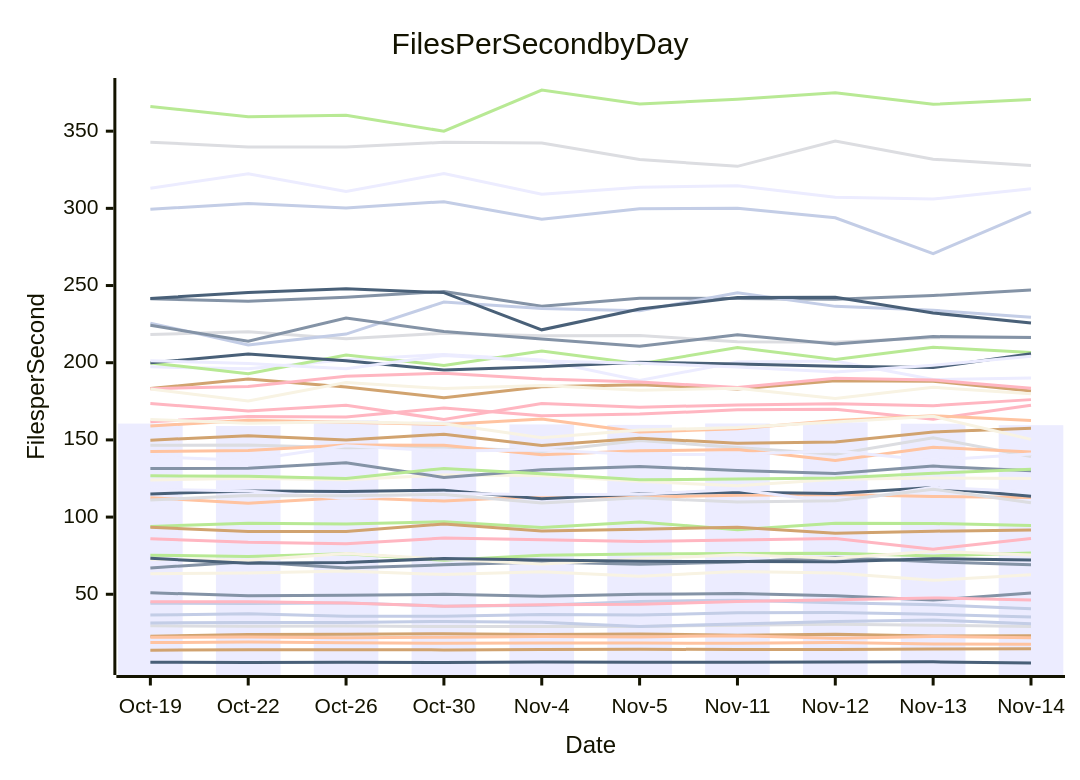
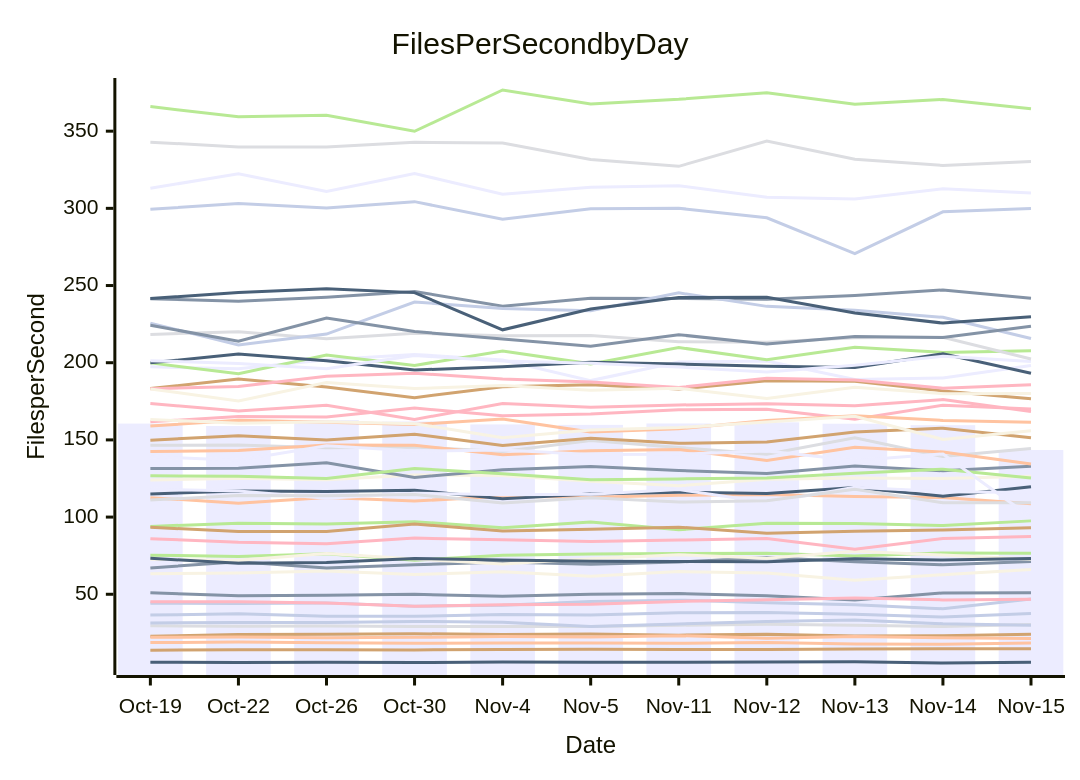
One commit to streetsidesoftware/cspell changed the diagram in perf-report.md. Above: the diagram before and after it, drawn with Mermaid. The commit also changed other lines of this file and 1 other file, not shown here.

````diff
--- a/perf-report.md
+++ b/perf-report.md
@@ -10,57 +10,57 @@
 ```mermaid
 xychart-beta
     title Files Per Second by Day
     y-axis Files per Second
-    x-axis Date [Oct-19, Oct-22, Oct-26, Oct-30, Nov-4, Nov-5, Nov-11, Nov-12, Nov-13, Nov-14]
-    bar [160.58, 159.03, 162.88, 161.94, 160.02, 159.72, 160.65, 161.35, 160.47, 159.54]
-    line [50.97, 49.03, 49.37, 49.99, 48.68, 50.03, 50.42, 49.00, 46.22, 50.88]
-    line [112.56, 109.04, 112.63, 110.40, 113.53, 112.85, 114.15, 114.65, 113.36, 112.62]
-    line [146.50, 146.67, 144.85, 145.45, 142.42, 149.63, 145.08, 140.78, 151.35, 139.20]
-    line [93.97, 96.00, 95.45, 97.05, 93.17, 96.79, 91.80, 95.95, 95.87, 94.48]
-    line [22.78, 23.92, 24.17, 24.43, 23.95, 24.20, 23.49, 24.08, 23.00, 23.06]
-    line [36.49, 37.33, 35.82, 35.71, 36.86, 36.50, 38.05, 38.19, 36.99, 35.25]
-    line [161.71, 165.23, 164.80, 170.61, 165.61, 166.70, 169.45, 169.81, 163.46, 172.46]
-    line [6.02, 5.75, 6.03, 5.80, 6.05, 5.91, 5.92, 6.05, 6.23, 5.47]
-    line [63.29, 63.79, 65.07, 62.75, 64.51, 61.69, 64.67, 63.79, 59.02, 62.70]
-    line [197.32, 196.05, 201.96, 205.39, 201.71, 188.42, 200.46, 201.07, 189.10, 190.06]
-    line [67.05, 71.08, 67.00, 69.09, 70.86, 69.37, 70.88, 73.81, 71.09, 69.11]
-    line [18.69, 19.00, 18.63, 18.25, 18.44, 18.38, 18.23, 18.67, 17.83, 17.56]
-    line [29.58, 29.31, 29.41, 29.14, 29.07, 29.19, 29.96, 30.60, 29.98, 29.13]
-    line [75.28, 74.51, 76.18, 72.03, 75.21, 76.09, 76.34, 76.58, 74.79, 76.80]
-    line [93.37, 90.70, 90.60, 95.53, 91.04, 92.11, 93.46, 89.53, 90.84, 91.64]
-    line [44.15, 44.08, 44.42, 42.24, 42.88, 45.37, 46.20, 44.50, 43.23, 40.60]
-    line [173.59, 168.67, 172.42, 163.25, 173.61, 171.18, 172.63, 173.35, 172.14, 176.09]
-    line [115.01, 116.88, 116.53, 117.43, 111.89, 115.01, 116.13, 115.22, 119.08, 113.54]
-    line [123.99, 125.15, 124.19, 127.28, 126.86, 123.18, 120.25, 124.45, 125.35, 124.99]
-    line [118.00, 116.85, 112.16, 115.50, 114.45, 114.87, 117.85, 109.38, 119.29, 116.46]
-    line [131.49, 131.59, 135.21, 125.70, 130.73, 132.76, 130.23, 128.16, 133.01, 129.97]
-    line [22.11, 22.28, 21.78, 22.12, 22.59, 22.34, 23.16, 21.54, 22.68, 21.85]
-    line [342.86, 339.81, 339.82, 342.79, 342.26, 331.64, 327.21, 343.58, 331.81, 327.76]
-    line [199.89, 192.85, 204.98, 198.27, 207.58, 199.26, 209.84, 202.01, 209.99, 206.66]
-    line [149.81, 152.74, 149.93, 153.73, 146.39, 151.10, 147.79, 148.60, 155.08, 157.59]
-    line [299.41, 303.13, 300.22, 304.34, 292.89, 299.81, 300.08, 293.90, 270.62, 297.75]
-    line [45.18, 45.07, 44.31, 42.25, 43.22, 43.49, 45.34, 46.46, 47.61, 46.36]
-    line [199.93, 205.59, 201.31, 195.27, 197.35, 200.31, 199.19, 197.63, 196.85, 205.77]
-    line [72.64, 71.96, 76.44, 72.80, 69.62, 72.93, 75.62, 73.39, 77.86, 75.46]
-    line [201.34, 199.55, 196.07, 204.60, 201.12, 199.63, 197.18, 194.05, 198.31, 204.17]
-    line [241.48, 239.78, 242.41, 246.20, 236.64, 241.81, 241.59, 241.14, 243.55, 247.17]
-    line [158.95, 162.77, 161.40, 160.02, 163.60, 155.05, 157.20, 162.55, 165.62, 162.61]
-    line [218.31, 220.10, 215.49, 219.14, 217.54, 217.64, 213.57, 213.32, 216.11, 216.43]
-    line [126.74, 126.46, 125.04, 131.49, 128.05, 124.13, 124.73, 125.27, 128.39, 131.06]
-    line [183.26, 189.47, 184.23, 177.36, 184.49, 185.72, 182.94, 188.28, 187.98, 181.73]
-    line [225.66, 211.47, 218.53, 239.32, 235.17, 233.67, 245.24, 236.50, 233.98, 229.39]
-    line [183.18, 184.56, 191.17, 193.23, 189.38, 187.47, 183.93, 189.93, 188.83, 183.53]
-    line [73.27, 70.11, 70.57, 73.22, 72.23, 71.32, 71.25, 71.08, 73.06, 72.16]
-    line [183.04, 175.20, 187.18, 183.23, 185.22, 182.14, 183.42, 176.89, 184.07, 179.92]
-    line [313.03, 322.37, 310.93, 322.55, 309.17, 313.73, 314.69, 307.18, 306.00, 312.70]
-    line [224.21, 213.97, 229.01, 220.21, 215.36, 210.66, 218.14, 212.13, 216.95, 216.28]
-    line [142.44, 143.06, 146.69, 146.59, 140.40, 143.02, 143.74, 136.69, 145.20, 142.11]
-    line [111.02, 113.95, 113.80, 114.69, 109.15, 112.48, 109.72, 110.55, 118.02, 109.29]
-    line [365.93, 359.34, 360.33, 349.95, 376.67, 367.68, 370.64, 374.87, 367.41, 370.51]
-    line [13.81, 14.01, 14.02, 13.97, 14.18, 14.33, 14.26, 14.23, 14.49, 14.71]
-    line [31.44, 31.67, 31.78, 32.41, 31.83, 29.14, 30.76, 32.43, 33.35, 30.87]
-    line [86.03, 83.62, 82.78, 86.40, 85.26, 84.18, 85.13, 86.07, 79.22, 86.18]
-    line [241.58, 245.56, 247.95, 245.41, 221.31, 234.75, 242.27, 242.37, 232.19, 225.67]
-    line [163.29, 160.80, 161.82, 160.48, 151.46, 156.36, 158.02, 161.56, 165.28, 150.34]
-    line [139.08, 136.76, 146.14, 142.74, 143.48, 140.52, 140.72, 142.75, 136.72, 140.92]
+    x-axis Date [Oct-19, Oct-22, Oct-26, Oct-30, Nov-4, Nov-5, Nov-11, Nov-12, Nov-13, Nov-14, Nov-15]
+    bar [160.58, 159.03, 162.88, 161.94, 160.02, 159.72, 160.65, 161.35, 160.47, 159.54, 143.44]
+    line [50.97, 49.03, 49.37, 49.99, 48.68, 50.03, 50.42, 49.00, 46.22, 50.88, 51.06]
+    line [112.56, 109.04, 112.63, 110.40, 113.53, 112.85, 114.15, 114.65, 113.36, 112.62, 108.61]
+    line [146.50, 146.67, 144.85, 145.45, 142.42, 149.63, 145.08, 140.78, 151.35, 139.20, 144.37]
+    line [93.97, 96.00, 95.45, 97.05, 93.17, 96.79, 91.80, 95.95, 95.87, 94.48, 97.54]
+    line [22.78, 23.92, 24.17, 24.43, 23.95, 24.20, 23.49, 24.08, 23.00, 23.06, 24.03]
+    line [36.49, 37.33, 35.82, 35.71, 36.86, 36.50, 38.05, 38.19, 36.99, 35.25, 37.46]
+    line [161.71, 165.23, 164.80, 170.61, 165.61, 166.70, 169.45, 169.81, 163.46, 172.46, 170.00]
+    line [6.02, 5.75, 6.03, 5.80, 6.05, 5.91, 5.92, 6.05, 6.23, 5.47, 5.93]
+    line [63.29, 63.79, 65.07, 62.75, 64.51, 61.69, 64.67, 63.79, 59.02, 62.70, 66.07]
+    line [197.32, 196.05, 201.96, 205.39, 201.71, 188.42, 200.46, 201.07, 189.10, 190.06, 198.14]
+    line [67.05, 71.08, 67.00, 69.09, 70.86, 69.37, 70.88, 73.81, 71.09, 69.11, 71.21]
+    line [18.69, 19.00, 18.63, 18.25, 18.44, 18.38, 18.23, 18.67, 17.83, 17.56, 18.39]
+    line [29.58, 29.31, 29.41, 29.14, 29.07, 29.19, 29.96, 30.60, 29.98, 29.13, 30.48]
+    line [75.28, 74.51, 76.18, 72.03, 75.21, 76.09, 76.34, 76.58, 74.79, 76.80, 76.50]
+    line [93.37, 90.70, 90.60, 95.53, 91.04, 92.11, 93.46, 89.53, 90.84, 91.64, 93.14]
+    line [44.15, 44.08, 44.42, 42.24, 42.88, 45.37, 46.20, 44.50, 43.23, 40.60, 46.95]
+    line [173.59, 168.67, 172.42, 163.25, 173.61, 171.18, 172.63, 173.35, 172.14, 176.09, 168.44]
+    line [115.01, 116.88, 116.53, 117.43, 111.89, 115.01, 116.13, 115.22, 119.08, 113.54, 119.58]
+    line [123.99, 125.15, 124.19, 127.28, 126.86, 123.18, 120.25, 124.45, 125.35, 124.99, 126.38]
+    line [118.00, 116.85, 112.16, 115.50, 114.45, 114.87, 117.85, 109.38, 119.29, 116.46, 115.85]
+    line [131.49, 131.59, 135.21, 125.70, 130.73, 132.76, 130.23, 128.16, 133.01, 129.97, 132.93]
+    line [22.11, 22.28, 21.78, 22.12, 22.59, 22.34, 23.16, 21.54, 22.68, 21.85, 21.39]
+    line [342.86, 339.81, 339.82, 342.79, 342.26, 331.64, 327.21, 343.58, 331.81, 327.76, 330.34]
+    line [199.89, 192.85, 204.98, 198.27, 207.58, 199.26, 209.84, 202.01, 209.99, 206.66, 207.72]
+    line [149.81, 152.74, 149.93, 153.73, 146.39, 151.10, 147.79, 148.60, 155.08, 157.59, 151.38]
+    line [299.41, 303.13, 300.22, 304.34, 292.89, 299.81, 300.08, 293.90, 270.62, 297.75, 299.93]
+    line [45.18, 45.07, 44.31, 42.25, 43.22, 43.49, 45.34, 46.46, 47.61, 46.36, 46.78]
+    line [199.93, 205.59, 201.31, 195.27, 197.35, 200.31, 199.19, 197.63, 196.85, 205.77, 193.21]
+    line [72.64, 71.96, 76.44, 72.80, 69.62, 72.93, 75.62, 73.39, 77.86, 75.46, 72.66]
+    line [201.34, 199.55, 196.07, 204.60, 201.12, 199.63, 197.18, 194.05, 198.31, 204.17, 200.71]
+    line [241.48, 239.78, 242.41, 246.20, 236.64, 241.81, 241.59, 241.14, 243.55, 247.17, 241.76]
+    line [158.95, 162.77, 161.40, 160.02, 163.60, 155.05, 157.20, 162.55, 165.62, 162.61, 161.43]
+    line [218.31, 220.10, 215.49, 219.14, 217.54, 217.64, 213.57, 213.32, 216.11, 216.43, 202.37]
+    line [126.74, 126.46, 125.04, 131.49, 128.05, 124.13, 124.73, 125.27, 128.39, 131.06, 125.35]
+    line [183.26, 189.47, 184.23, 177.36, 184.49, 185.72, 182.94, 188.28, 187.98, 181.73, 176.67]
+    line [225.66, 211.47, 218.53, 239.32, 235.17, 233.67, 245.24, 236.50, 233.98, 229.39, 215.74]
+    line [183.18, 184.56, 191.17, 193.23, 189.38, 187.47, 183.93, 189.93, 188.83, 183.53, 185.76]
+    line [73.27, 70.11, 70.57, 73.22, 72.23, 71.32, 71.25, 71.08, 73.06, 72.16, 73.10]
+    line [183.04, 175.20, 187.18, 183.23, 185.22, 182.14, 183.42, 176.89, 184.07, 179.92, 180.06]
+    line [313.03, 322.37, 310.93, 322.55, 309.17, 313.73, 314.69, 307.18, 306.00, 312.70, 309.93]
+    line [224.21, 213.97, 229.01, 220.21, 215.36, 210.66, 218.14, 212.13, 216.95, 216.28, 223.58]
+    line [142.44, 143.06, 146.69, 146.59, 140.40, 143.02, 143.74, 136.69, 145.20, 142.11, 134.40]
+    line [111.02, 113.95, 113.80, 114.69, 109.15, 112.48, 109.72, 110.55, 118.02, 109.29, 109.27]
+    line [365.93, 359.34, 360.33, 349.95, 376.67, 367.68, 370.64, 374.87, 367.41, 370.51, 364.46]
+    line [13.81, 14.01, 14.02, 13.97, 14.18, 14.33, 14.26, 14.23, 14.49, 14.71, 14.66]
+    line [31.44, 31.67, 31.78, 32.41, 31.83, 29.14, 30.76, 32.43, 33.35, 30.87, 29.98]
+    line [86.03, 83.62, 82.78, 86.40, 85.26, 84.18, 85.13, 86.07, 79.22, 86.18, 87.42]
+    line [241.58, 245.56, 247.95, 245.41, 221.31, 234.75, 242.27, 242.37, 232.19, 225.67, 229.84]
+    line [163.29, 160.80, 161.82, 160.48, 151.46, 156.36, 158.02, 161.56, 165.28, 150.34, 155.96]
+    line [139.08, 136.76, 146.14, 142.74, 143.48, 140.52, 140.72, 142.75, 136.72, 140.92, 99.92]
 ```
````
